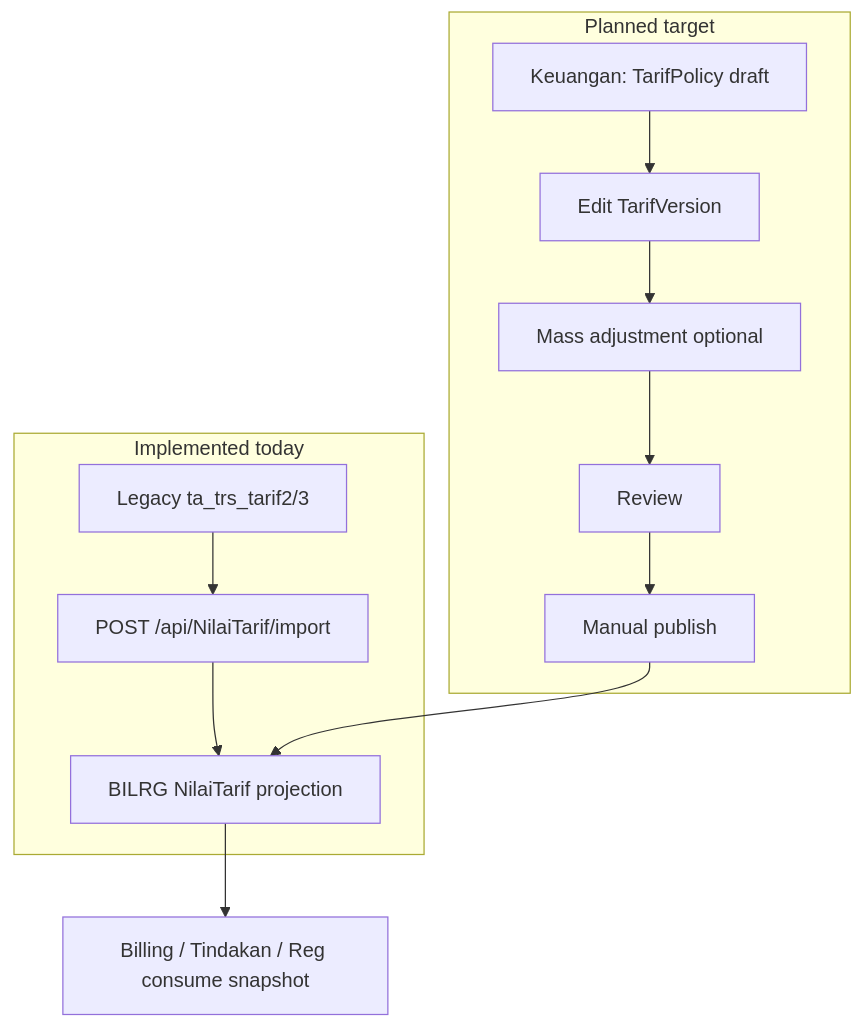
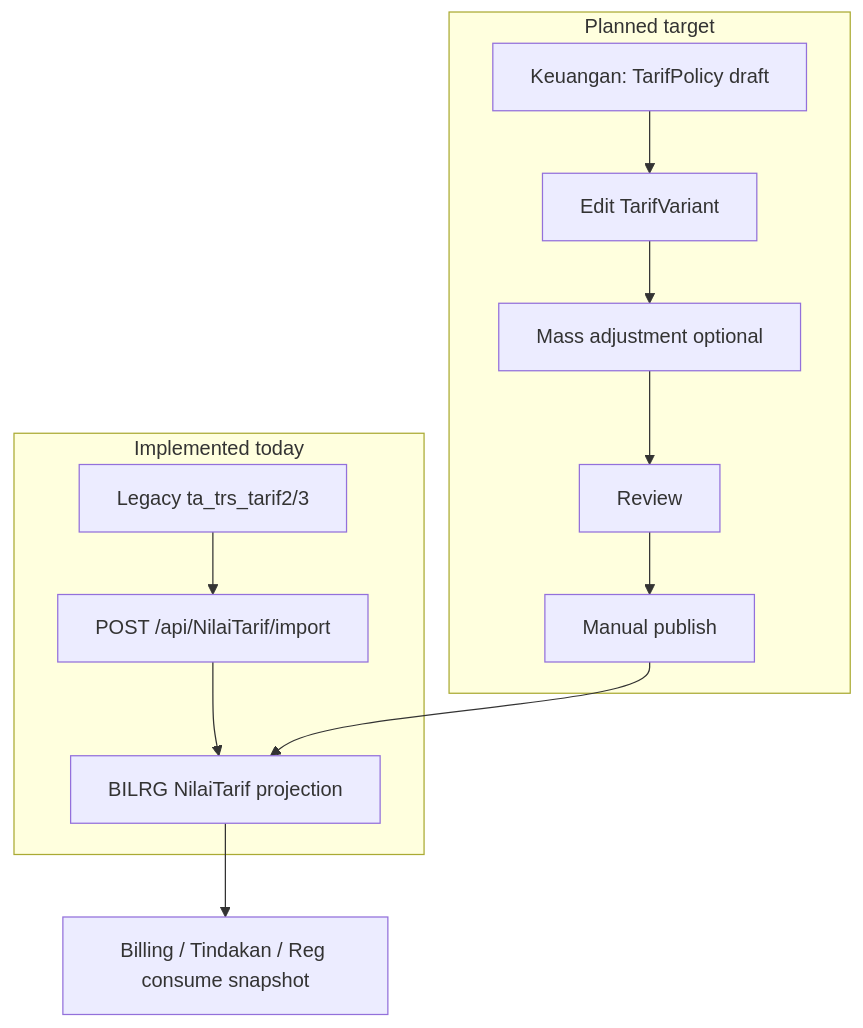
The diagram in docs/contexts/tarif/tarif-01-context.md (smart-ics/b09-bilreg-api), drawn with Mermaid before and after one commit. The commit also changed other lines of this file and 23 other files, not shown here.

````diff
--- a/docs/contexts/tarif/tarif-01-context.md
+++ b/docs/contexts/tarif/tarif-01-context.md
@@ -131,17 +137,17 @@
 ```mermaid
 flowchart TD
     subgraph today [Implemented today]
         L[Legacy ta_trs_tarif2/3] --> I[POST /api/NilaiTarif/import]
         I --> P[BILRG NilaiTarif projection]
     end
 
     subgraph target [Planned target]
-        A[Keuangan: TarifPolicy draft] --> B[Edit TarifVersion]
+        A[Keuangan: TarifPolicy draft] --> B[Edit TarifVariant]
         B --> C[Mass adjustment optional]
         C --> D[Review]
         D --> E[Manual publish]
         E --> P
     end
 
     P --> H[Billing / Tindakan / Reg consume snapshot]
 ```
````
